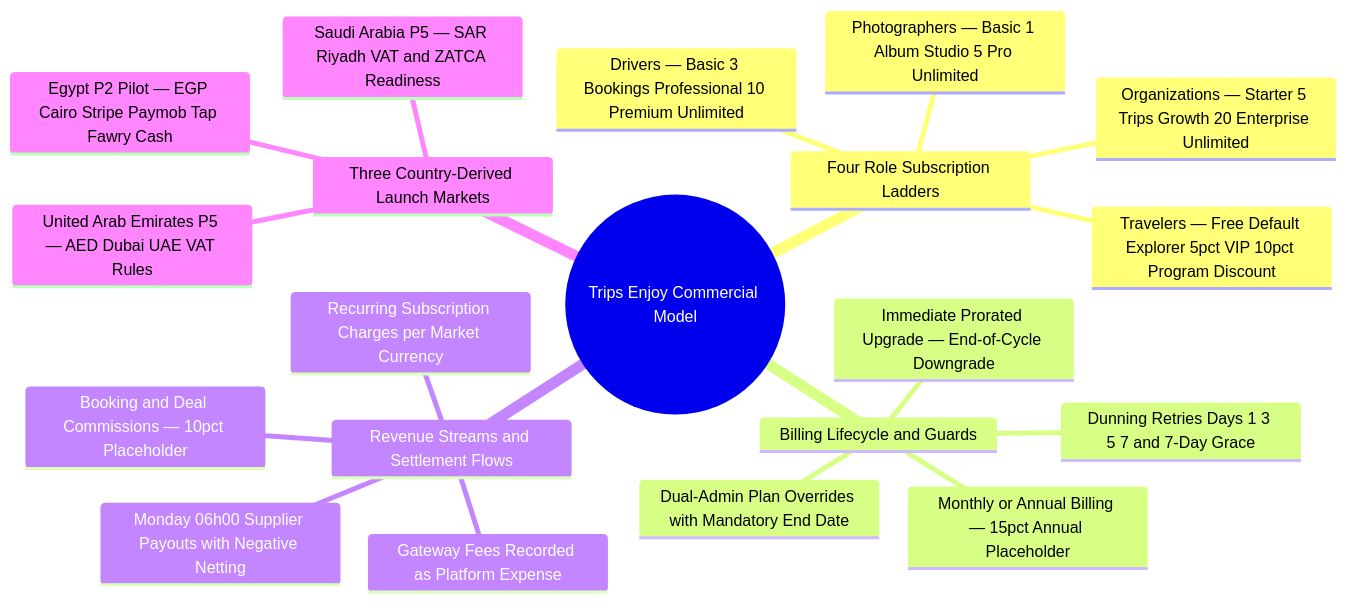
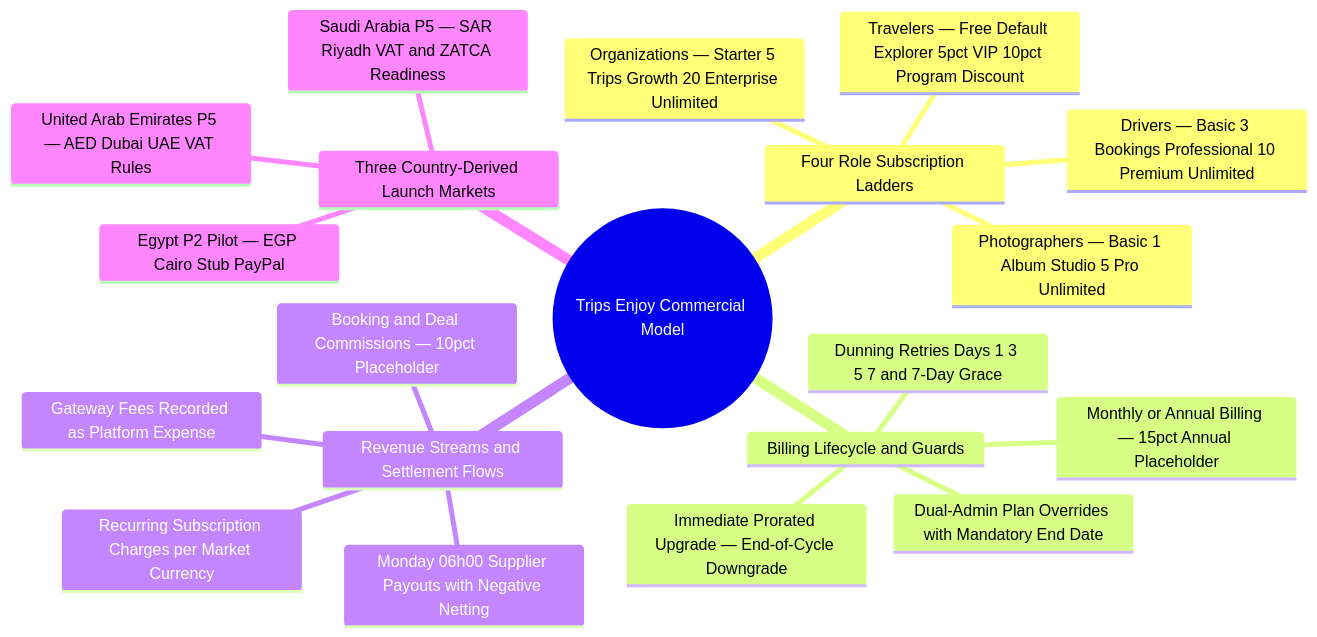
One commit to mohamedhabibwork/trips-enjoy-docs changed the second of 7 diagrams in content/docs/system/mindmaps.mdx. Above: the diagram before and after it, drawn with Mermaid. The commit also changed other lines of this file and 117 other files, not shown here.

````diff
--- a/content/docs/system/mindmaps.mdx
+++ b/content/docs/system/mindmaps.mdx
@@ -138,23 +138,23 @@
 ```mermaid
 mindmap
   root(("Trips Enjoy Commercial Model"))
     Four Role Subscription Ladders
       Organizations — Starter 5 Trips Growth 20 Enterprise Unlimited
       Drivers — Basic 3 Bookings Professional 10 Premium Unlimited
       Photographers — Basic 1 Album Studio 5 Pro Unlimited
       Travelers — Free Default Explorer 5pct VIP 10pct Program Discount
     Billing Lifecycle and Guards
       Monthly or Annual Billing — 15pct Annual Placeholder
       Immediate Prorated Upgrade — End-of-Cycle Downgrade
       Dunning Retries Days 1 3 5 7 and 7-Day Grace
       Dual-Admin Plan Overrides with Mandatory End Date
     Revenue Streams and Settlement Flows
       Recurring Subscription Charges per Market Currency
       Booking and Deal Commissions — 10pct Placeholder
       Gateway Fees Recorded as Platform Expense
       Monday 06h00 Supplier Payouts with Negative Netting
     Three Country-Derived Launch Markets
-      Egypt P2 Pilot — EGP Cairo Stripe Paymob Tap Fawry Cash
+      Egypt P2 Pilot — EGP Cairo Stub PayPal
       Saudi Arabia P5 — SAR Riyadh VAT and ZATCA Readiness
       United Arab Emirates P5 — AED Dubai UAE VAT Rules
 ```
````
